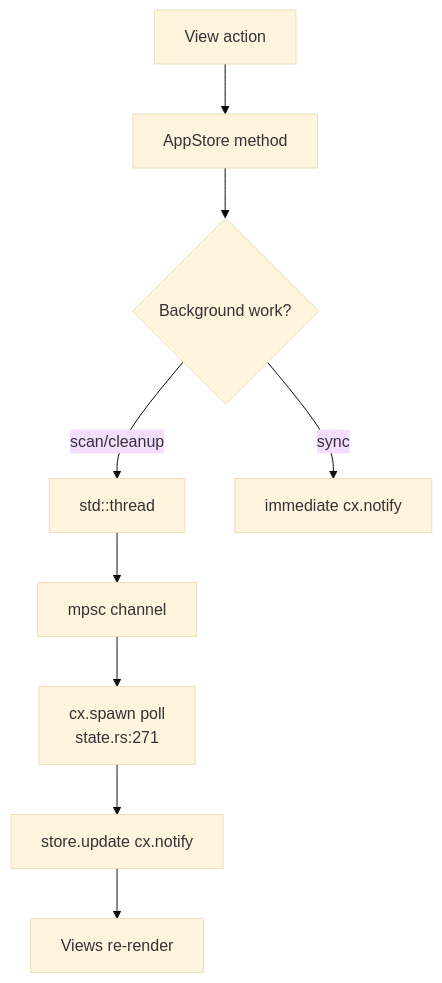
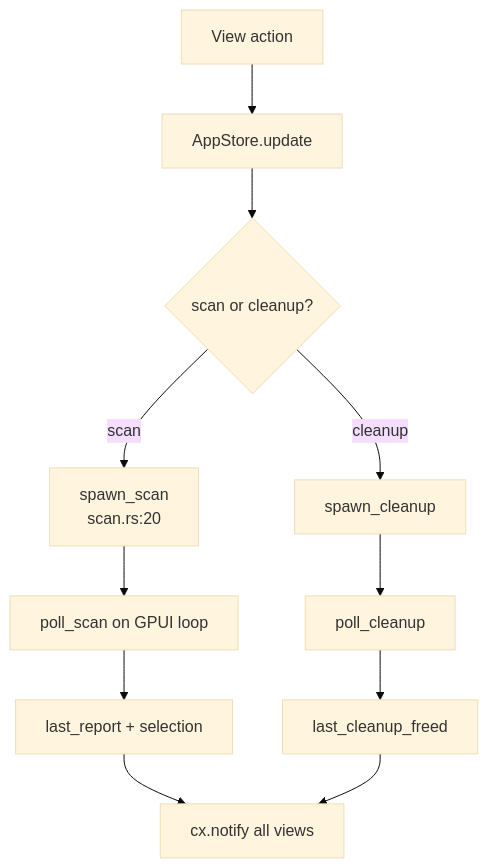
One commit to sopaco/CLV3000-Plus changed the diagram in .terrain/human/4.Deep-Exploration/app-store.md. Above: the diagram before and after it, drawn with Mermaid (base theme). The commit also changed other lines of this file and 15 other files, not shown here.

````diff
--- a/.terrain/human/4.Deep-Exploration/app-store.md
+++ b/.terrain/human/4.Deep-Exploration/app-store.md
@@ -41,11 +47,13 @@
 ```mermaid
 flowchart TD
-    A["View action"] --> B["AppStore method"]
-    B --> C{"Background work?"}
-    C -->|scan/cleanup| D["std::thread"]
-    D --> E["mpsc channel"]
-    E --> F["cx.spawn poll<br/>state.rs:271"]
-    F --> G["store.update cx.notify"]
-    G --> H["Views re-render"]
-    C -->|sync| I["immediate cx.notify"]
+    A["View action"] --> B["AppStore.update"]
+    B --> C{"scan or cleanup?"}
+    C -->|scan| D["spawn_scan<br/>scan.rs:20"]
+    C -->|cleanup| E["spawn_cleanup"]
+    D --> F["poll_scan on GPUI loop"]
+    E --> G["poll_cleanup"]
+    F --> H["last_report + selection"]
+    G --> I["last_cleanup_freed"]
+    H --> J["cx.notify all views"]
+    I --> J
 ```
````
